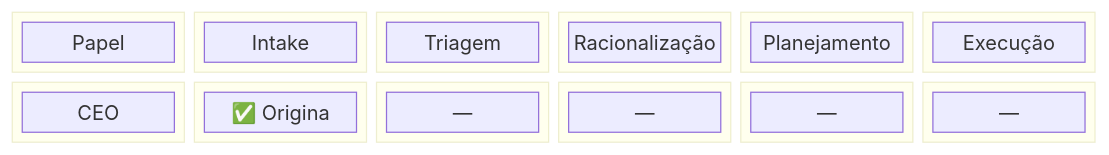
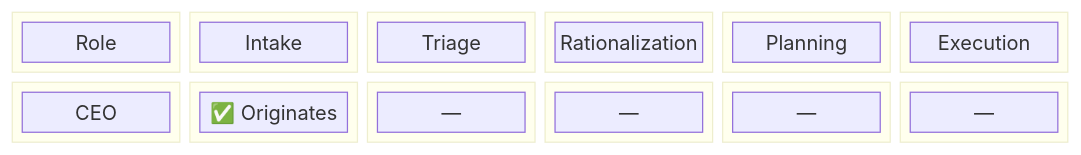
One commit to hugo-hsbtech/teamwork-process changed the seventh of 11 diagrams in README.md. Above: the diagram before and after it, drawn with Mermaid. The commit also changed other lines of this file and 63 other files, not shown here.

````diff
--- a/README.md
+++ b/README.md
@@ -355,41 +355,41 @@
 ```mermaid
 block-beta
   columns 6
   block:roles:1
-    R["Papel"]
+    R["Role"]
   end
   block:intake:1
     I["Intake"]
   end
   block:triage:1
-    T["Triagem"]
+    T["Triage"]
   end
   block:rational:1
-    RA["Racionalização"]
+    RA["Rationalization"]
   end
   block:plan:1
-    P["Planejamento"]
+    P["Planning"]
   end
   block:exec:1
-    E["Execução"]
+    E["Execution"]
   end
 
   block:ceo_r:1
     CEO["CEO"]
   end
   block:ceo_i:1
-    CI["✅ Origina"]
+    CI["✅ Originates"]
   end
   block:ceo_t:1
     CT["—"]
   end
   block:ceo_ra:1
     CRA["—"]
   end
   block:ceo_p:1
     CP["—"]
   end
   block:ceo_e:1
     CE["—"]
   end
 ```
````
